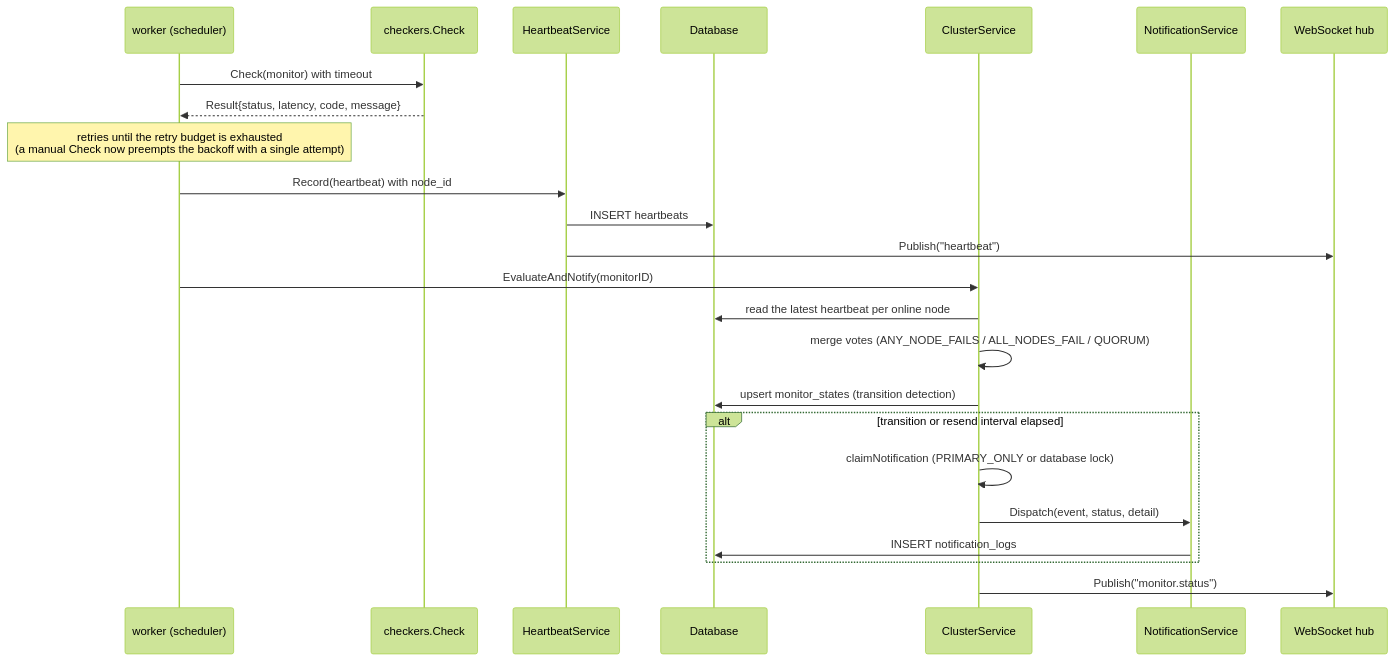
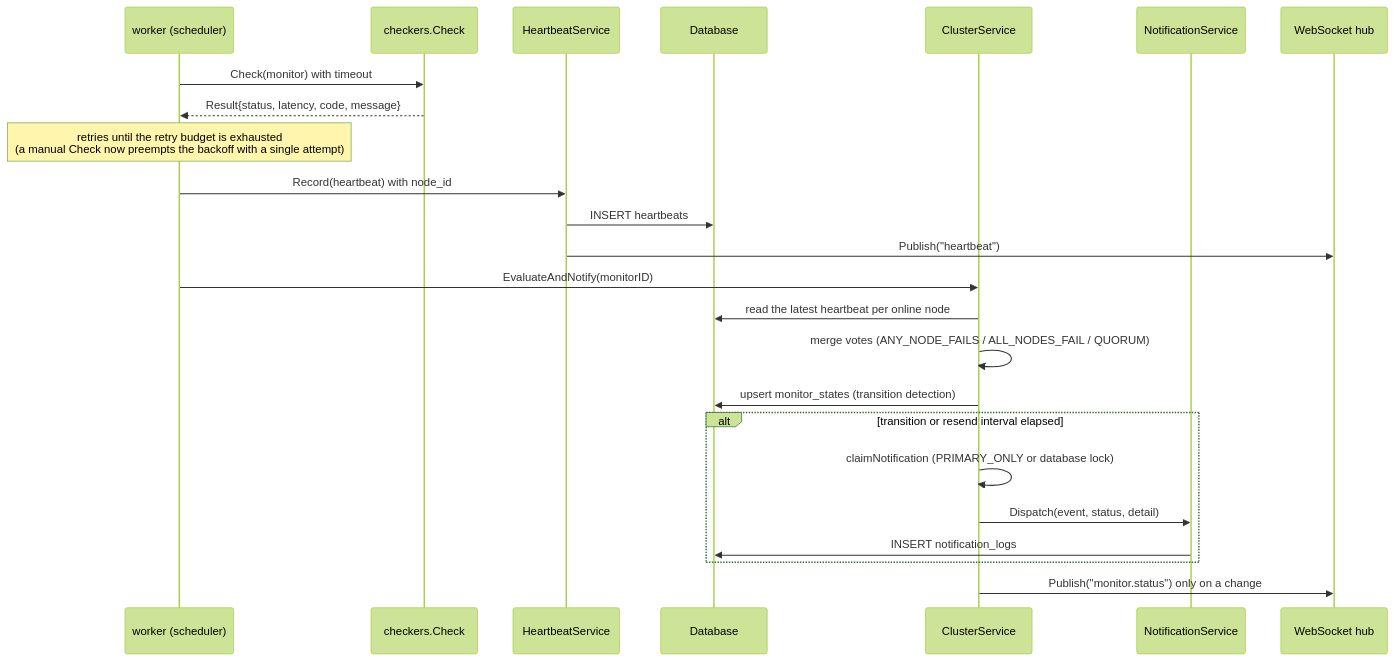
Before and after one commit to ivancarlosti/up: the third of 3 diagrams in docs/architecture.md, drawn with Mermaid (forest theme). The commit also changed other lines of this file and 11 other files, not shown here.

````diff
--- a/docs/architecture.md
+++ b/docs/architecture.md
@@ -180,27 +180,27 @@
 ```mermaid
 sequenceDiagram
     participant W as worker (scheduler)
     participant CK as checkers.Check
     participant HB as HeartbeatService
     participant DB as Database
     participant CL as ClusterService
     participant NT as NotificationService
     participant WS as WebSocket hub
 
     W->>CK: Check(monitor) with timeout
     CK-->>W: Result{status, latency, code, message}
     Note over W: retries until the retry budget is exhausted<br/>(a manual Check now preempts the backoff with a single attempt)
     W->>HB: Record(heartbeat) with node_id
     HB->>DB: INSERT heartbeats
     HB->>WS: Publish("heartbeat")
     W->>CL: EvaluateAndNotify(monitorID)
     CL->>DB: read the latest heartbeat per online node
     CL->>CL: merge votes (ANY_NODE_FAILS / ALL_NODES_FAIL / QUORUM)
     CL->>DB: upsert monitor_states (transition detection)
     alt transition or resend interval elapsed
       CL->>CL: claimNotification (PRIMARY_ONLY or database lock)
       CL->>NT: Dispatch(event, status, detail)
       NT->>DB: INSERT notification_logs
     end
-    CL->>WS: Publish("monitor.status")
+    CL->>WS: Publish("monitor.status") only on a change
 ```
````
